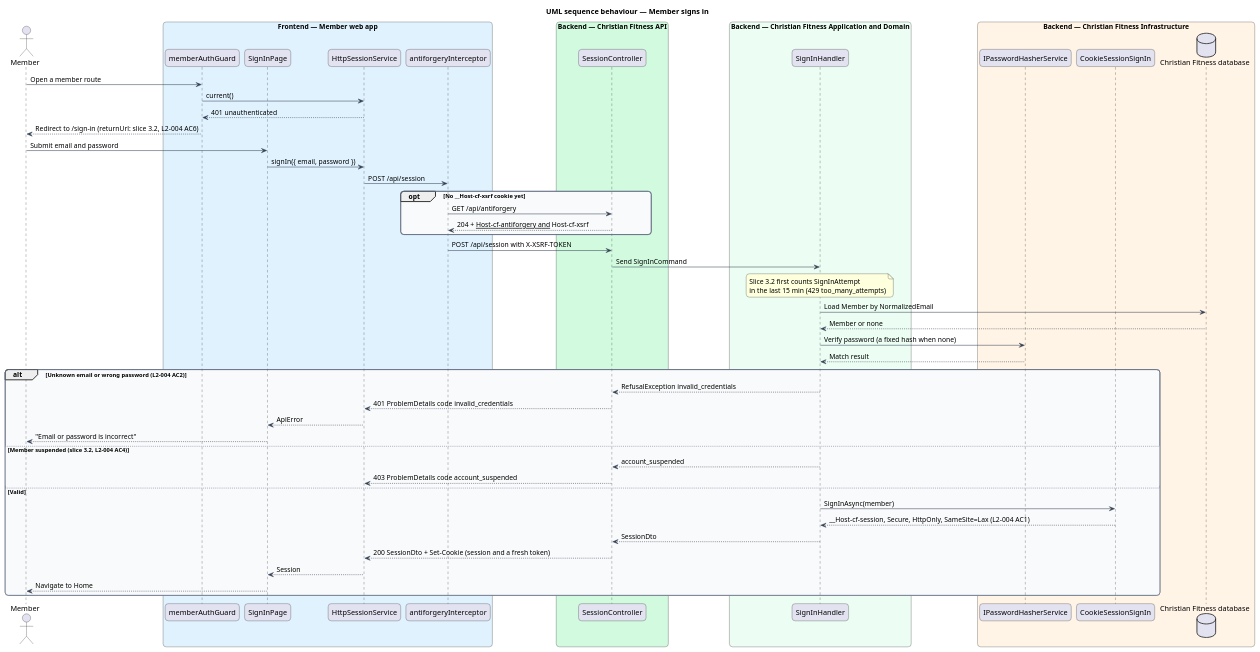
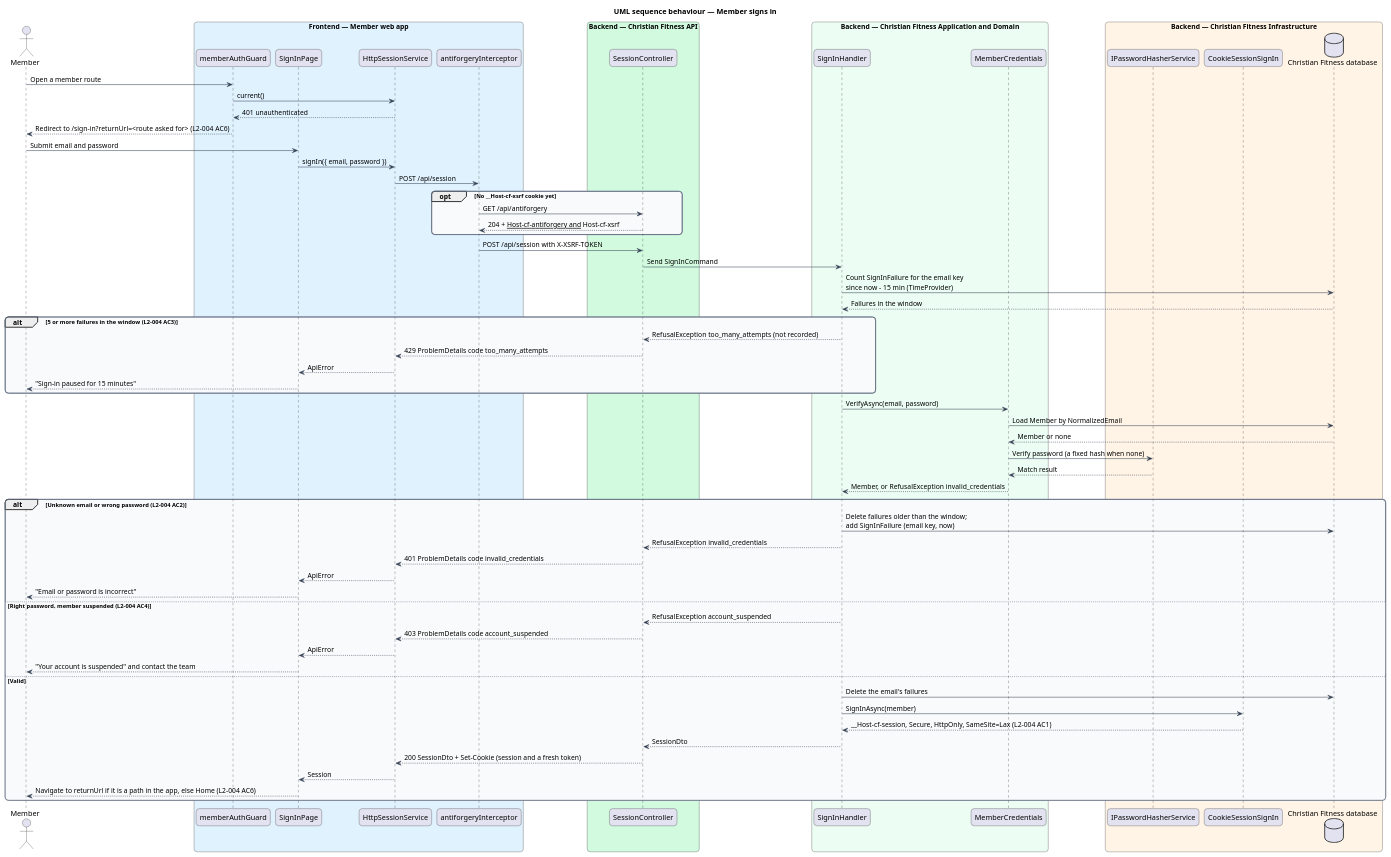
One commit to QuinntyneBrown/christian-fitness changed the diagram in docs/detailed-designs/member-access/sign-in-and-out/diagrams/sequence-sign-in.puml. Above: the diagram before and after it, drawn with PlantUML. The commit also changed 116 other files, not shown here.

First line of the commit message:
Slice 3.2: Sign-in protections (#11)

```diff
--- a/docs/detailed-designs/member-access/sign-in-and-out/diagrams/sequence-sign-in.puml
+++ b/docs/detailed-designs/member-access/sign-in-and-out/diagrams/sequence-sign-in.puml
@@ -1,69 +1,83 @@
 @startuml
 title UML sequence behaviour — Member signs in
 skinparam backgroundColor #FFFFFF
 skinparam shadowing false
 skinparam roundcorner 12
 skinparam defaultFontName Arial
 skinparam ArrowColor #344054
 skinparam rectangle {
   BorderColor #344054
   FontColor #101828
 }
 skinparam package {
   BorderColor #667085
   FontColor #101828
   BackgroundColor #F9FAFB
 }
 actor "Member" as actor
 box "Frontend — Member web app" #E0F2FE
   participant "memberAuthGuard" as guard
   participant "SignInPage" as page
   participant "HttpSessionService" as client
   participant "antiforgeryInterceptor" as xsrf
 end box
 box "Backend — Christian Fitness API" #D1FADF
   participant "SessionController" as ctrl
 end box
 box "Backend — Christian Fitness Application and Domain" #ECFDF3
   participant "SignInHandler" as h
+  participant "MemberCredentials" as cred
 end box
 box "Backend — Christian Fitness Infrastructure" #FFF4E5
   participant "IPasswordHasherService" as hash
   participant "CookieSessionSignIn" as sess
   database "Christian Fitness database" as db
 end box
 actor -> guard : Open a member route
 guard -> client : current()
 client --> guard : 401 unauthenticated
-guard --> actor : Redirect to /sign-in (returnUrl: slice 3.2, L2-004 AC6)
+guard --> actor : Redirect to /sign-in?returnUrl=<route asked for> (L2-004 AC6)
 actor -> page : Submit email and password
 page -> client : signIn({ email, password })
 client -> xsrf : POST /api/session
 opt No __Host-cf-xsrf cookie yet
   xsrf -> ctrl : GET /api/antiforgery
   ctrl --> xsrf : 204 + __Host-cf-antiforgery and __Host-cf-xsrf
 end
 xsrf -> ctrl : POST /api/session with X-XSRF-TOKEN
 ctrl -> h : Send SignInCommand
-note over h : Slice 3.2 first counts SignInAttempt\nin the last 15 min (429 too_many_attempts)
-h -> db : Load Member by NormalizedEmail
-db --> h : Member or none
-h -> hash : Verify password (a fixed hash when none)
-hash --> h : Match result
+h -> db : Count SignInFailure for the email key\nsince now - 15 min (TimeProvider)
+db --> h : Failures in the window
+alt 5 or more failures in the window (L2-004 AC3)
+  h --> ctrl : RefusalException too_many_attempts (not recorded)
+  ctrl --> client : 429 ProblemDetails code too_many_attempts
+  client --> page : ApiError
+  page --> actor : "Sign-in paused for 15 minutes"
+end
+h -> cred : VerifyAsync(email, password)
+cred -> db : Load Member by NormalizedEmail
+db --> cred : Member or none
+cred -> hash : Verify password (a fixed hash when none)
+hash --> cred : Match result
+cred --> h : Member, or RefusalException invalid_credentials
 alt Unknown email or wrong password (L2-004 AC2)
+  h -> db : Delete failures older than the window;\nadd SignInFailure (email key, now)
   h --> ctrl : RefusalException invalid_credentials
   ctrl --> client : 401 ProblemDetails code invalid_credentials
   client --> page : ApiError
   page --> actor : "Email or password is incorrect"
-else Member suspended (slice 3.2, L2-004 AC4)
-  h --> ctrl : account_suspended
+else Right password, member suspended (L2-004 AC4)
+  h --> ctrl : RefusalException account_suspended
   ctrl --> client : 403 ProblemDetails code account_suspended
+  client --> page : ApiError
+  page --> actor : "Your account is suspended" and contact the team
 else Valid
+  h -> db : Delete the email's failures
   h -> sess : SignInAsync(member)
   sess --> h : __Host-cf-session, Secure, HttpOnly, SameSite=Lax (L2-004 AC1)
   h --> ctrl : SessionDto
   ctrl --> client : 200 SessionDto + Set-Cookie (session and a fresh token)
   client --> page : Session
-  page --> actor : Navigate to Home
+  page --> actor : Navigate to returnUrl if it is a path in the app, else Home (L2-004 AC6)
 end
 @enduml
```
